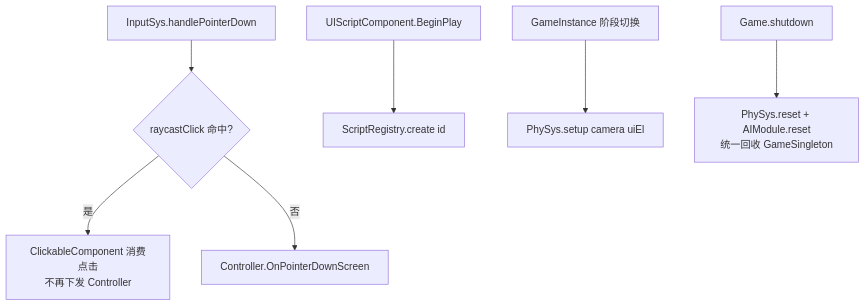
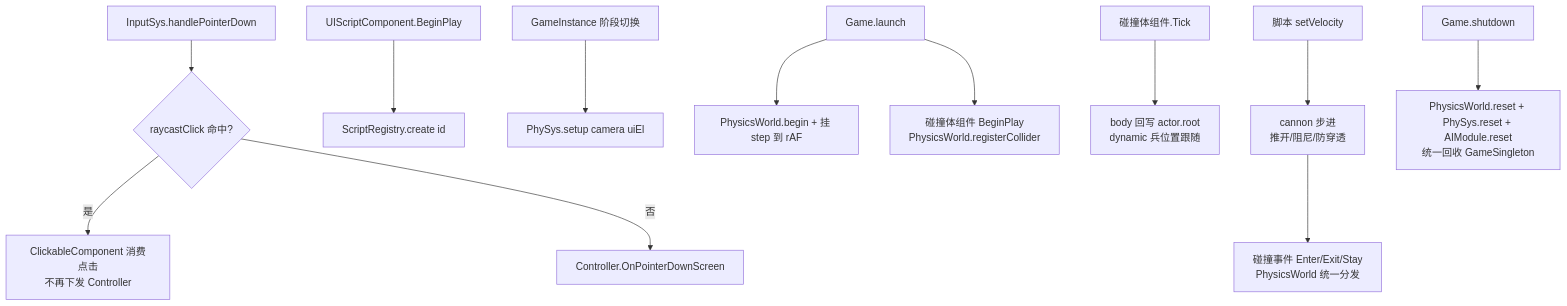
The diagram in doc/engine/input_physics_script_system.md (Kaplc/DemoStudio), drawn with Mermaid before and after one commit. The commit also changed other lines of this file and 10 other files, not shown here.

````diff
--- a/doc/engine/input_physics_script_system.md
+++ b/doc/engine/input_physics_script_system.md
@@ -101,10 +149,16 @@
 ```mermaid
 flowchart TD
     A[InputSys.handlePointerDown] --> B{raycastClick 命中?}
     B -->|是| C[ClickableComponent 消费点击<br/>不再下发 Controller]
     B -->|否| D[Controller.OnPointerDownScreen]
 
     E[UIScriptComponent.BeginPlay] --> F[ScriptRegistry.create id]
     G[GameInstance 阶段切换] --> H[PhySys.setup camera uiEl]
-    I[Game.shutdown] --> J[PhySys.reset + AIModule.reset<br/>统一回收 GameSingleton]
+    I[Game.launch] --> J[PhysicsWorld.begin + 挂 step 到 rAF]
+    I --> K[碰撞体组件 BeginPlay<br/>PhysicsWorld.registerCollider]
+
+    L[碰撞体组件.Tick] --> M[body 回写 actor.root<br/>dynamic 兵位置跟随]
+    N[脚本 setVelocity] --> O[cannon 步进<br/>推开/阻尼/防穿透]
+    O --> P[碰撞事件 Enter/Exit/Stay<br/>PhysicsWorld 统一分发]
+    Q[Game.shutdown] --> R[PhysicsWorld.reset + PhySys.reset + AIModule.reset<br/>统一回收 GameSingleton]
 ```
````
